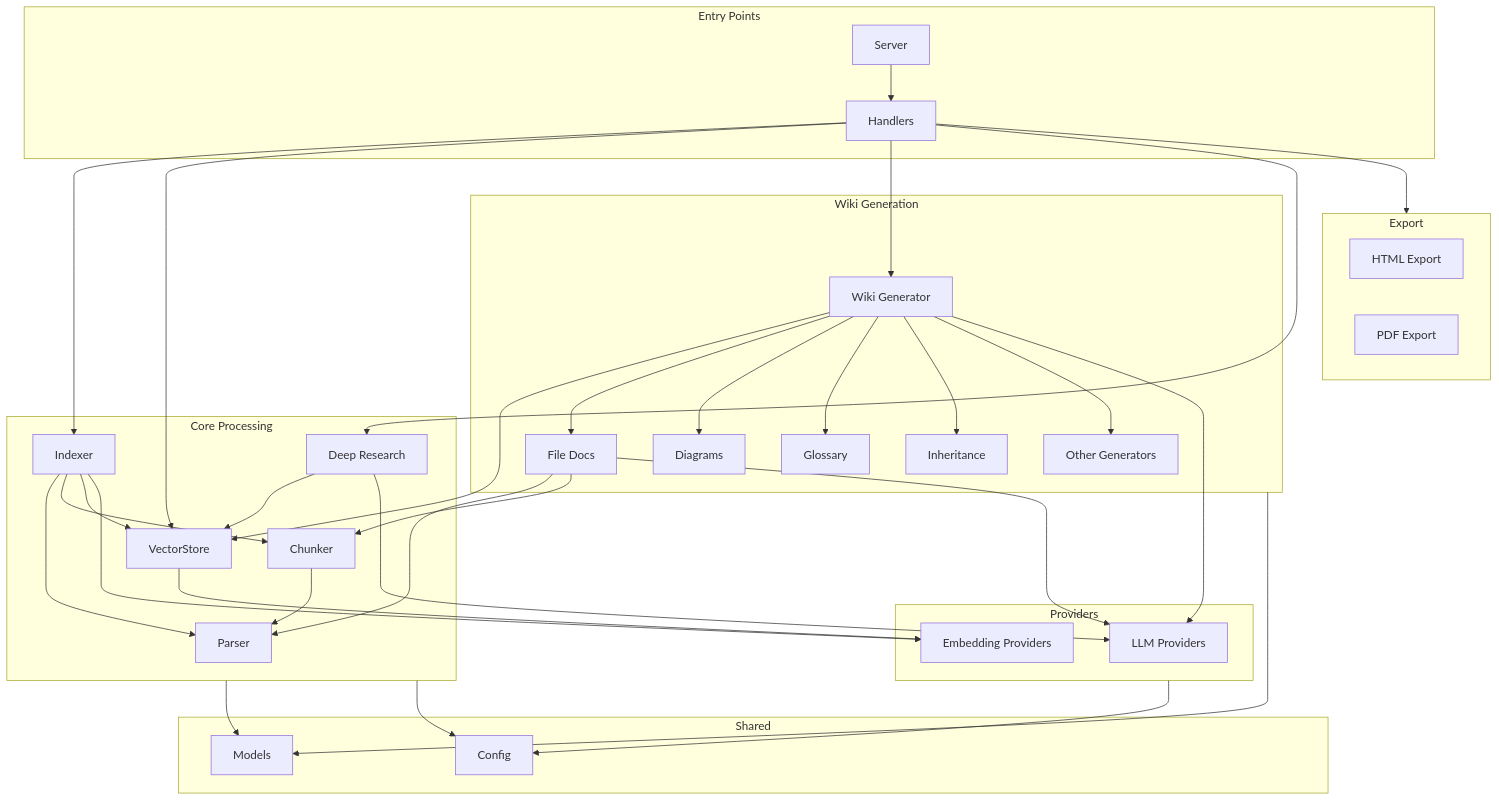
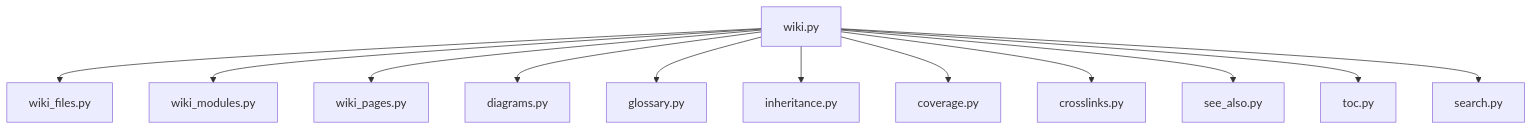
The fourth of 5 diagrams in .deepwiki/dependencies.md (UrbanDiver/local-deepwiki-mcp), drawn with Mermaid before and after one commit. The commit also changed other lines of this file, not shown here.

Commit message:
Split module dependency into focused sub-diagrams
- High-level architecture overview
- Entry points (server → handlers)
- Core processing pipeline
- Wiki generation modules
- Provider backends

Each diagram is smaller and easier to read.

````diff
--- a/.deepwiki/dependencies.md
+++ b/.deepwiki/dependencies.md
@@ -92,74 +136,14 @@
 ```mermaid
 flowchart TB
-    subgraph entry[Entry Points]
-        server[Server]
-        handlers[Handlers]
-    end
-
-    subgraph core[Core Processing]
-        parser[Parser]
-        chunker[Chunker]
-        indexer[Indexer]
-        vectorstore[VectorStore]
-        deep_research[Deep Research]
-    end
-
-    subgraph generators[Wiki Generation]
-        wiki[Wiki Generator]
-        wiki_files[File Docs]
-        diagrams[Diagrams]
-        glossary[Glossary]
-        inheritance[Inheritance]
-        other_gen[Other Generators]
-    end
-
-    subgraph providers[Providers]
-        llm[LLM Providers]
-        embeddings[Embedding Providers]
-    end
-
-    subgraph export[Export]
-        html[HTML Export]
-        pdf[PDF Export]
-    end
-
-    subgraph shared[Shared]
-        models[Models]
-        config[Config]
-    end
-
-    server --> handlers
-    handlers --> indexer
-    handlers --> vectorstore
-    handlers --> wiki
-    handlers --> deep_research
-    handlers --> export
-
-    indexer --> parser
-    indexer --> chunker
-    indexer --> vectorstore
-    indexer --> embeddings
-
-    wiki --> vectorstore
-    wiki --> wiki_files
-    wiki --> diagrams
-    wiki --> glossary
-    wiki --> inheritance
-    wiki --> other_gen
-    wiki --> llm
-
-    wiki_files --> parser
-    wiki_files --> chunker
-    wiki_files --> llm
-
-    deep_research --> vectorstore
-    deep_research --> llm
-
-    vectorstore --> embeddings
-    chunker --> parser
-
-    core --> models
-    core --> config
-    generators --> models
-    providers --> config
+    wiki[wiki.py] --> wiki_files[wiki_files.py]
+    wiki --> wiki_modules[wiki_modules.py]
+    wiki --> wiki_pages[wiki_pages.py]
+    wiki --> diagrams[diagrams.py]
+    wiki --> glossary[glossary.py]
+    wiki --> inheritance[inheritance.py]
+    wiki --> coverage[coverage.py]
+    wiki --> crosslinks[crosslinks.py]
+    wiki --> see_also[see_also.py]
+    wiki --> toc[toc.py]
+    wiki --> search[search.py]
 ```
````
